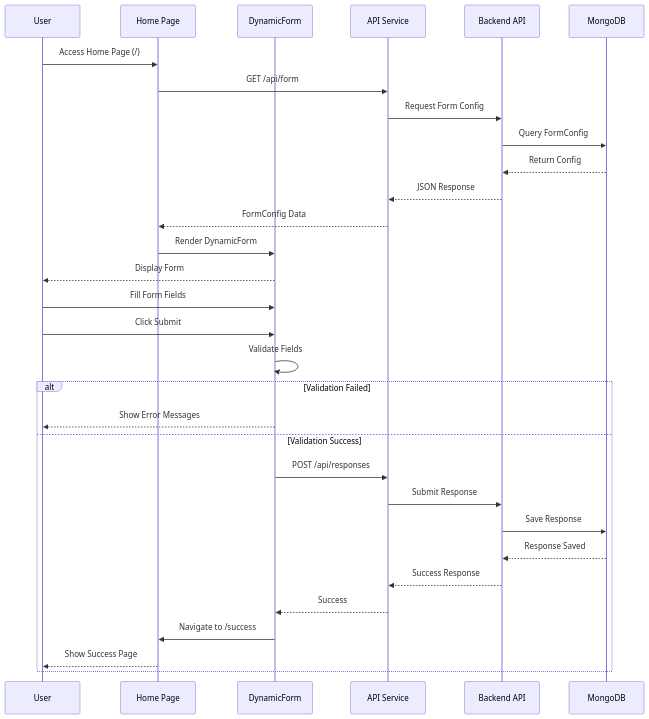
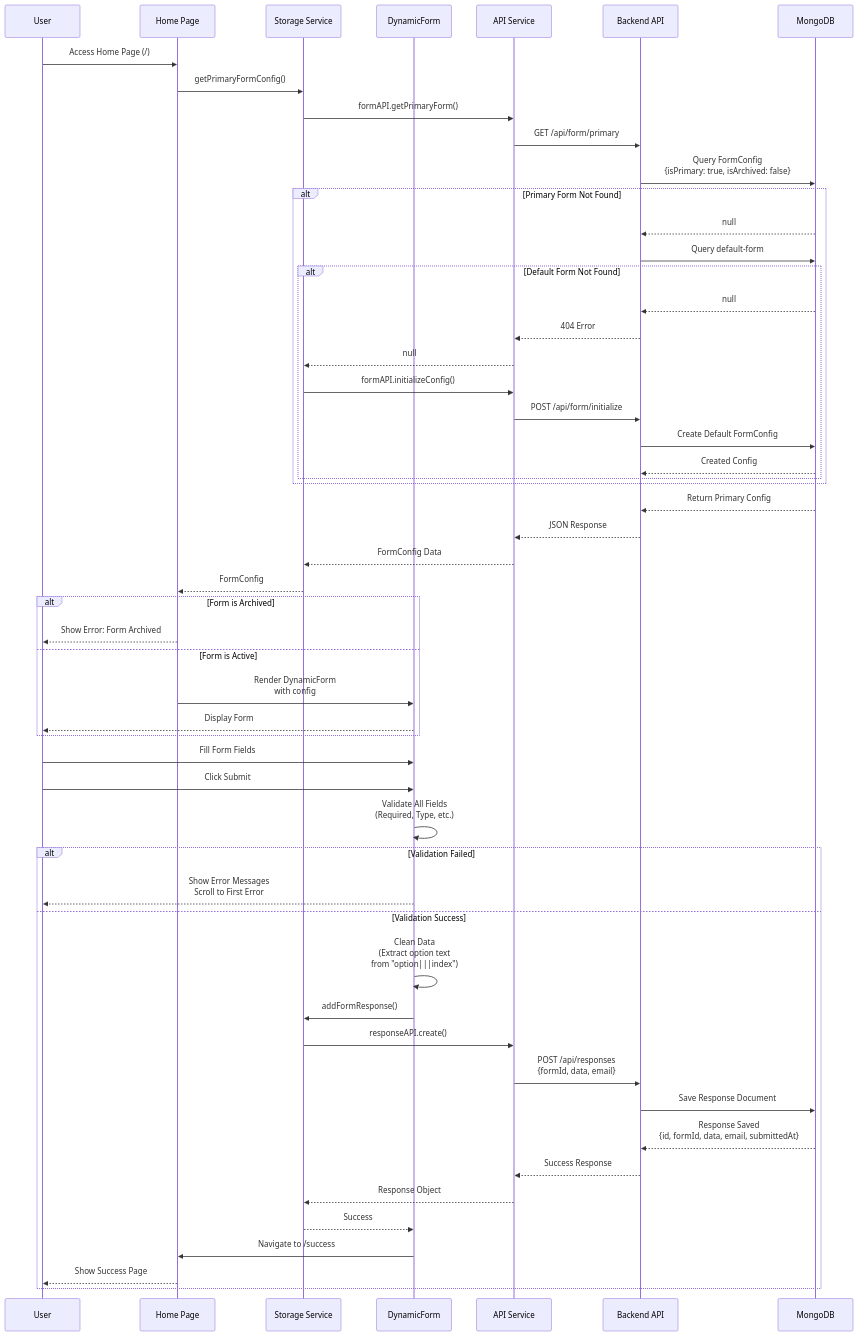
The third of 9 diagrams in FLOWCHART.md (MarioSitepu/form-survei-wisuda), drawn with Mermaid before and after one commit. The commit also changed other lines of this file and 4 other files, not shown here.

Commit message:
feat : adding web flow development

````diff
--- a/FLOWCHART.md
+++ b/FLOWCHART.md
@@ -121,36 +147,62 @@
 ```mermaid
 sequenceDiagram
     participant U as User
     participant H as Home Page
+    participant ST as Storage Service
     participant DF as DynamicForm
     participant API as API Service
     participant BE as Backend API
     participant DB as MongoDB
     
     U->>H: Access Home Page (/)
-    H->>API: GET /api/form
-    API->>BE: Request Form Config
-    BE->>DB: Query FormConfig
-    DB-->>BE: Return Config
+    H->>ST: getPrimaryFormConfig()
+    ST->>API: formAPI.getPrimaryForm()
+    API->>BE: GET /api/form/primary
+    BE->>DB: Query FormConfig<br/>{isPrimary: true, isArchived: false}
+    
+    alt Primary Form Not Found
+        DB-->>BE: null
+        BE->>DB: Query default-form
+        alt Default Form Not Found
+            DB-->>BE: null
+            BE-->>API: 404 Error
+            API-->>ST: null
+            ST->>API: formAPI.initializeConfig()
+            API->>BE: POST /api/form/initialize
+            BE->>DB: Create Default FormConfig
+            DB-->>BE: Created Config
+        end
+    end
+    
+    DB-->>BE: Return Primary Config
     BE-->>API: JSON Response
-    API-->>H: FormConfig Data
-    H->>DF: Render DynamicForm
-    DF-->>U: Display Form
+    API-->>ST: FormConfig Data
+    ST-->>H: FormConfig
+    
+    alt Form is Archived
+        H-->>U: Show Error: Form Archived
+    else Form is Active
+        H->>DF: Render DynamicForm<br/>with config
+        DF-->>U: Display Form
+    end
     
     U->>DF: Fill Form Fields
     U->>DF: Click Submit
     
-    DF->>DF: Validate Fields
+    DF->>DF: Validate All Fields<br/>(Required, Type, etc.)
     alt Validation Failed
-        DF-->>U: Show Error Messages
+        DF-->>U: Show Error Messages<br/>Scroll to First Error
     else Validation Success
-        DF->>API: POST /api/responses
-        API->>BE: Submit Response
-        BE->>DB: Save Response
-        DB-->>BE: Response Saved
+        DF->>DF: Clean Data<br/>(Extract option text<br/>from "option|||index")
+        DF->>ST: addFormResponse()
+        ST->>API: responseAPI.create()
+        API->>BE: POST /api/responses<br/>{formId, data, email}
+        BE->>DB: Save Response Document
+        DB-->>BE: Response Saved<br/>{id, formId, data, email, submittedAt}
         BE-->>API: Success Response
-        API-->>DF: Success
+        API-->>ST: Response Object
+        ST-->>DF: Success
         DF->>H: Navigate to /success
         H-->>U: Show Success Page
     end
 ```
````
